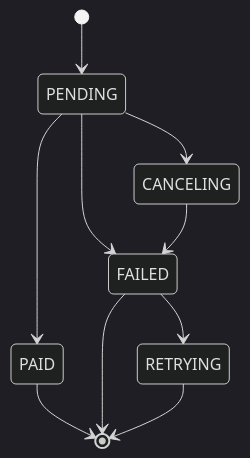
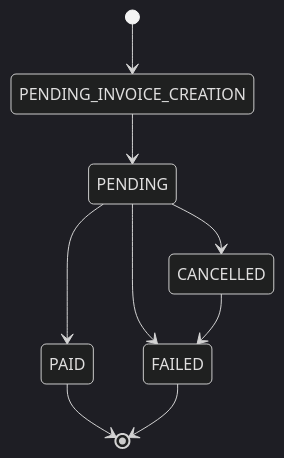
Before and after one commit to stackernews/stacker.news: the third of 5 diagrams in api/payIn/README.md, drawn with Mermaid (dark theme). The commit also changed other lines of this file, not shown here.

````diff
--- a/api/payIn/README.md
+++ b/api/payIn/README.md
@@ -54,12 +178,11 @@
 ```mermaid
 stateDiagram-v2
-    [*] --> PENDING
+    [*] --> PENDING_INVOICE_CREATION
+    PENDING_INVOICE_CREATION --> PENDING
     PENDING --> PAID
-    PENDING --> CANCELING
+    PENDING --> CANCELLED
     PENDING --> FAILED
     PAID --> [*]
-    CANCELING --> FAILED
-    FAILED --> RETRYING
+    CANCELLED --> FAILED
     FAILED --> [*]
-    RETRYING --> [*]
 ```
````
